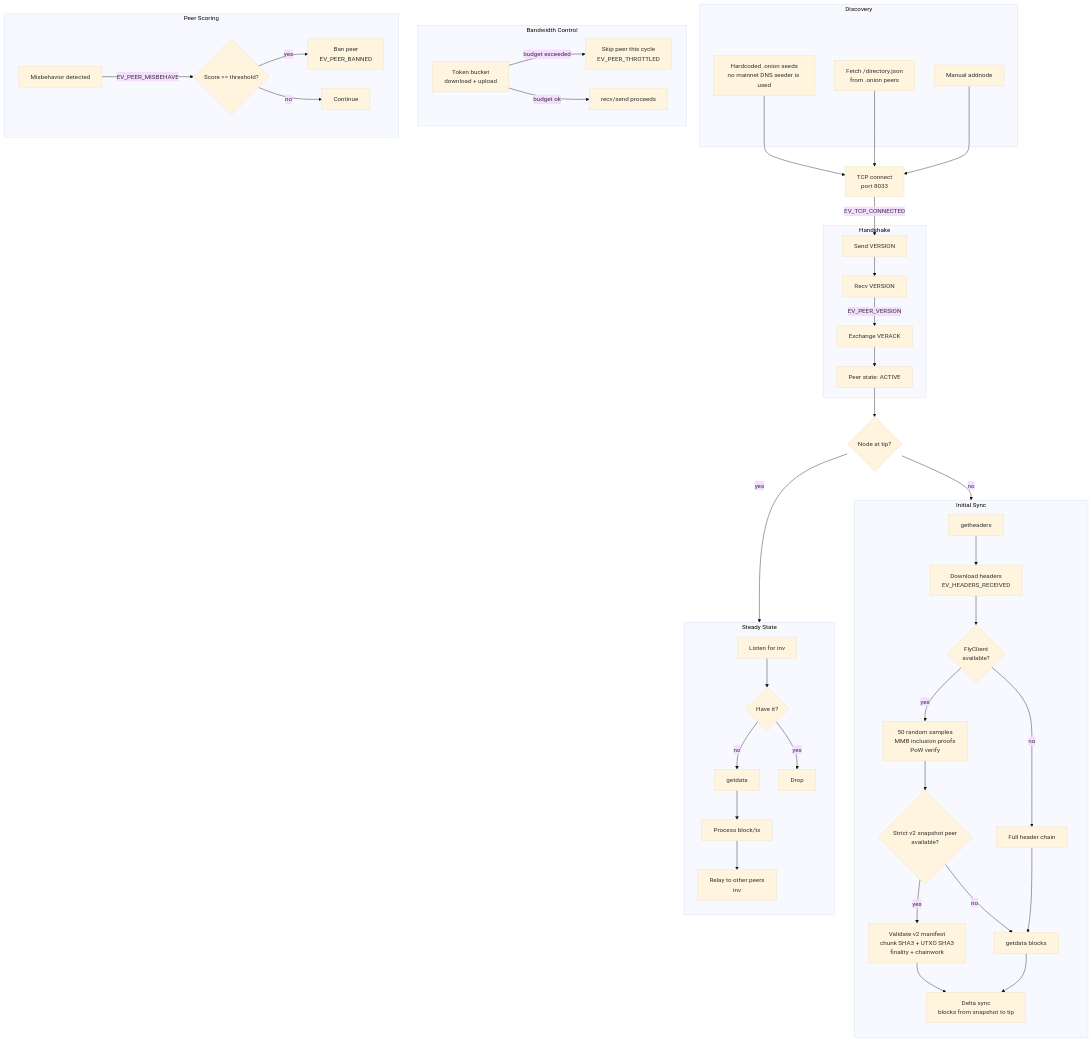
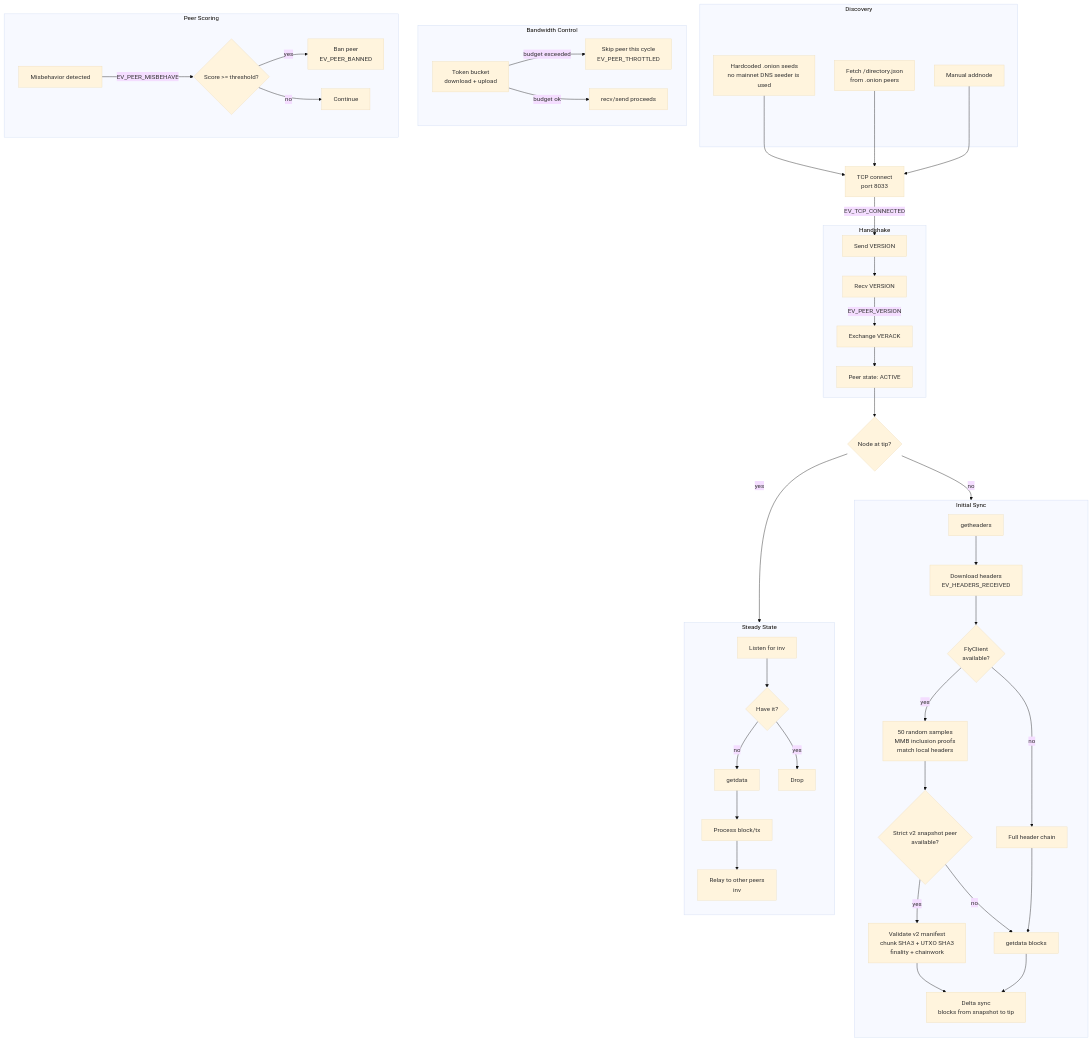
Before and after one commit to z23c/z23: the second of 5 diagrams in docs/commons/ARCHITECTURE_DIAGRAMS.md, drawn with Mermaid (base theme). The commit also changed 15 other files, not shown here.

````diff
--- a/docs/commons/ARCHITECTURE_DIAGRAMS.md
+++ b/docs/commons/ARCHITECTURE_DIAGRAMS.md
@@ -116,60 +116,60 @@
 ```mermaid
 flowchart TD
     subgraph Discovery
         SEEDS[Hardcoded .onion seeds<br/>no mainnet DNS seeder is used]
         DIRECTORY[Fetch /directory.json<br/>from .onion peers]
         ADDNODE[Manual addnode]
     end
 
     SEEDS --> CONNECT
     DIRECTORY --> CONNECT
     ADDNODE --> CONNECT
 
     CONNECT[TCP connect<br/>port 8033] -->|EV_TCP_CONNECTED| HANDSHAKE
 
     subgraph Handshake
         HANDSHAKE[Send VERSION] --> VERSION_ACK[Recv VERSION]
         VERSION_ACK -->|EV_PEER_VERSION| VERACK[Exchange VERACK]
         VERACK --> ACTIVE[Peer state: ACTIVE]
     end
 
     ACTIVE --> SYNC_CHECK{Node at tip?}
 
     SYNC_CHECK -->|no| SYNC
     SYNC_CHECK -->|yes| RELAY
 
     subgraph Sync["Initial Sync"]
         direction TB
         SYNC[getheaders] --> HEADERS[Download headers<br/>EV_HEADERS_RECEIVED]
         HEADERS --> FLYCLIENT{FlyClient<br/>available?}
-        FLYCLIENT -->|yes| FC_VERIFY[50 random samples<br/>MMB inclusion proofs<br/>PoW verify]
+        FLYCLIENT -->|yes| FC_VERIFY[50 random samples<br/>MMB inclusion proofs<br/>match local headers]
         FLYCLIENT -->|no| FULL_HEADERS[Full header chain]
         FC_VERIFY --> SNAPSHOT{Strict v2 snapshot peer<br/>available?}
         FULL_HEADERS --> GETBLOCKS
         SNAPSHOT -->|yes| SNAP_RECV[Validate v2 manifest<br/>chunk SHA3 + UTXO SHA3<br/>finality + chainwork]
         SNAPSHOT -->|no| GETBLOCKS
         SNAP_RECV --> DELTA[Delta sync<br/>blocks from snapshot to tip]
         GETBLOCKS[getdata blocks] --> DELTA
     end
 
     subgraph Relay["Steady State"]
         direction TB
         RELAY[Listen for inv] --> INV_CHECK{Have it?}
         INV_CHECK -->|no| GETDATA[getdata]
         INV_CHECK -->|yes| DROP[Drop]
         GETDATA --> PROCESS[Process block/tx]
         PROCESS --> ANNOUNCE[Relay to other peers<br/>inv]
     end
 
     subgraph Bandwidth["Bandwidth Control"]
         BUCKET[Token bucket<br/>download + upload]
         BUCKET -->|budget exceeded| THROTTLE[Skip peer this cycle<br/>EV_PEER_THROTTLED]
         BUCKET -->|budget ok| ALLOW[recv/send proceeds]
     end
 
     subgraph Scoring["Peer Scoring"]
         MISBEHAVE[Misbehavior detected] -->|EV_PEER_MISBEHAVE| SCORE{Score >= threshold?}
         SCORE -->|yes| BAN[Ban peer<br/>EV_PEER_BANNED]
         SCORE -->|no| CONTINUE[Continue]
     end
 ```
````
